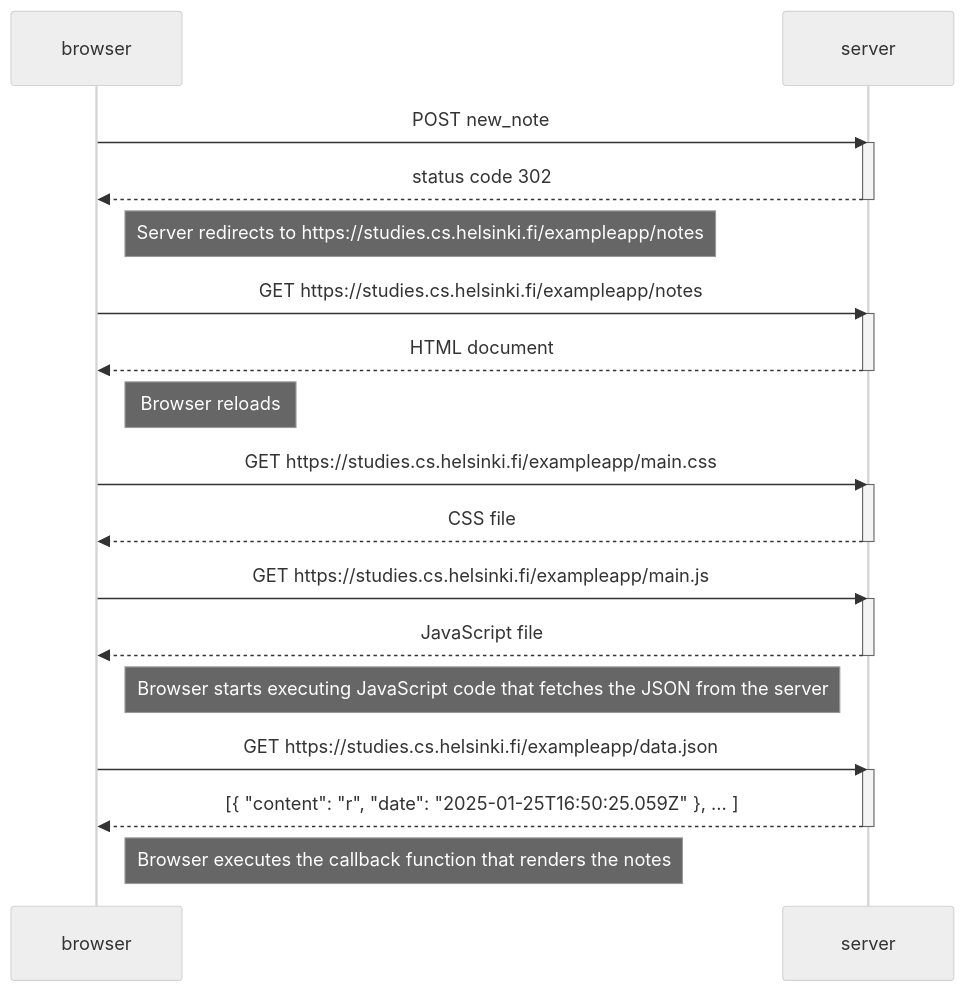
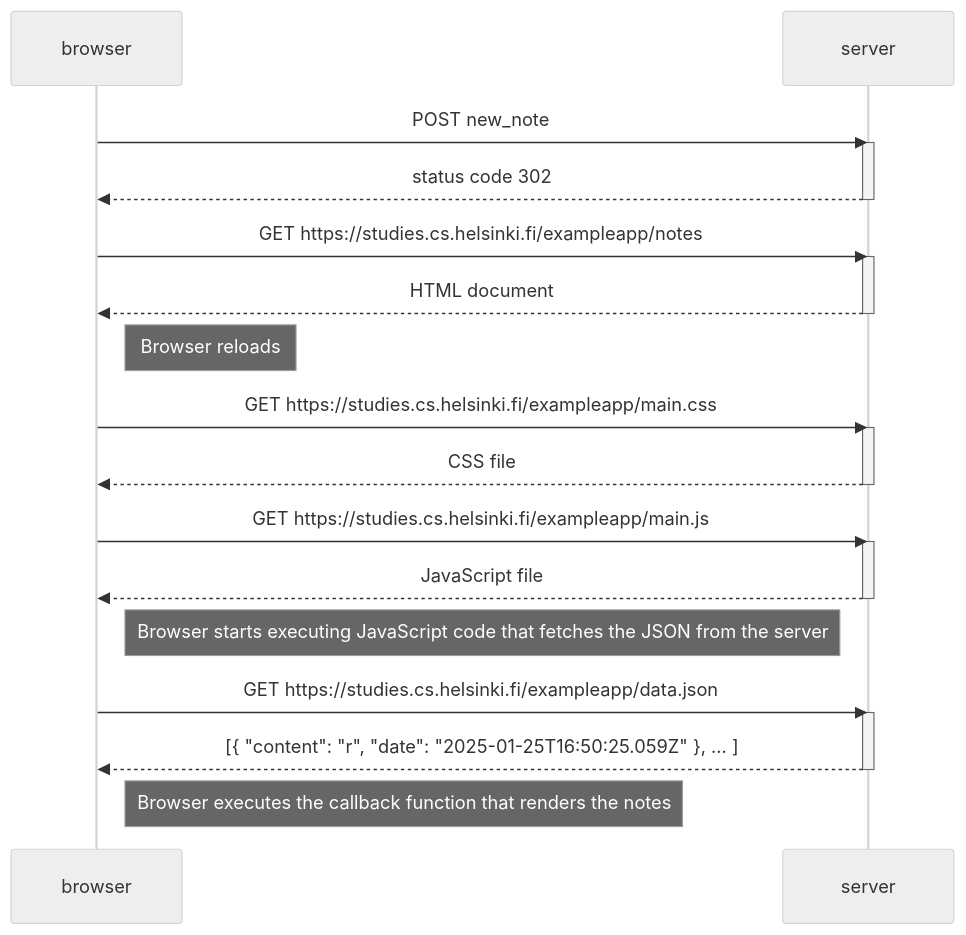
Before and after one commit to Krekno/full-stack-open: the diagram in part0/exercise0.4.md, drawn with Mermaid (neutral theme).

````diff
--- a/part0/exercise0.4.md
+++ b/part0/exercise0.4.md
@@ -1,38 +1,36 @@
 ```mermaid
 sequenceDiagram
     participant browser
     participant server
 
     browser->>server: POST new_note
     activate server
     server-->>browser: status code 302
     deactivate server
-
-    Note right of browser: Server redirects to https://studies.cs.helsinki.fi/exampleapp/notes
 
     browser->>server: GET https://studies.cs.helsinki.fi/exampleapp/notes
     activate server
     server-->>browser: HTML document
     deactivate server
 
     Note right of browser: Browser reloads
 
     browser->>server: GET https://studies.cs.helsinki.fi/exampleapp/main.css
     activate server
     server-->>browser: CSS file
     deactivate server
 
     browser->>server: GET https://studies.cs.helsinki.fi/exampleapp/main.js
     activate server
     server-->>browser: JavaScript file
     deactivate server
 
     Note right of browser: Browser starts executing JavaScript code that fetches the JSON from the server
 
     browser->>server: GET https://studies.cs.helsinki.fi/exampleapp/data.json
     activate server
     server-->>browser: [{ "content": "r", "date": "2025-01-25T16:50:25.059Z" }, ... ]
     deactivate server
 
     Note right of browser: Browser executes the callback function that renders the notes
 ```
````
